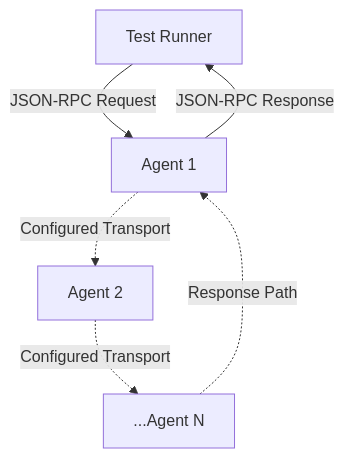
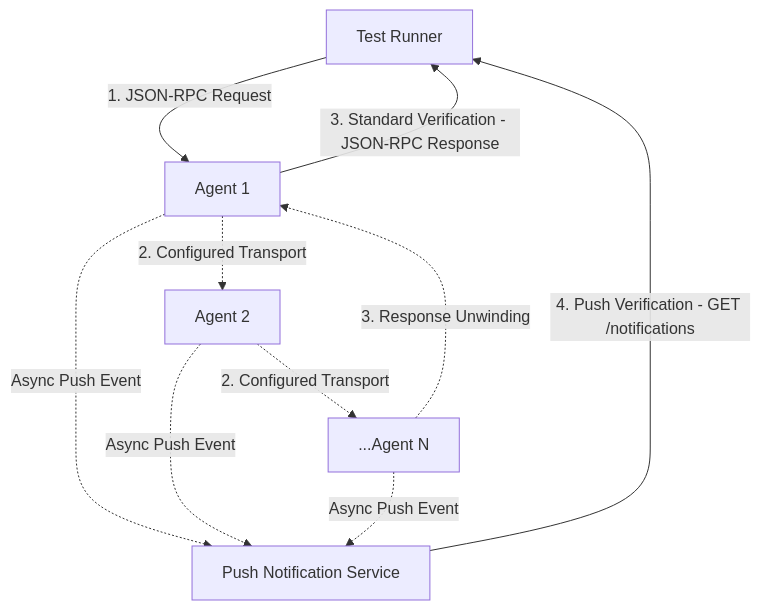
The diagram in README.md (a2aproject/a2a-itk), drawn with Mermaid before and after one commit. The commit also changed other lines of this file, not shown here.

Commit message:
update readme with push notification scenario description

````diff
--- a/README.md
+++ b/README.md
@@ -20,8 +22,17 @@
 ```mermaid
 graph TD
-    Runner[Test Runner] -->|JSON-RPC Request| Ag1[Agent 1]
-    Ag1 -.->|Configured Transport| Ag2[Agent 2]
-    Ag2 -.->|Configured Transport| AgN[...Agent N]
-    AgN -.->|Response Path| Ag1
-    Ag1 -->|JSON-RPC Response| Runner
+    Runner[Test Runner] -->|1. JSON-RPC Request| Ag1[Agent 1]
+    Ag1 -.->|2. Configured Transport| Ag2[Agent 2]
+    Ag2 -.->|2. Configured Transport| AgN[...Agent N]
+    
+    %% Return Path (Always Executed)
+    AgN -.->|3. Response Unwinding| Ag1
+    Ag1 -->|3. Standard Verification - JSON-RPC Response| Runner
+    
+    %% Push Notification Path & Verification
+    PNS[Push Notification Service]
+    Ag1 -.->|Async Push Event| PNS
+    Ag2 -.->|Async Push Event| PNS
+    AgN -.->|Async Push Event| PNS
+    PNS -->|4. Push Verification - GET /notifications| Runner
 ```
````
